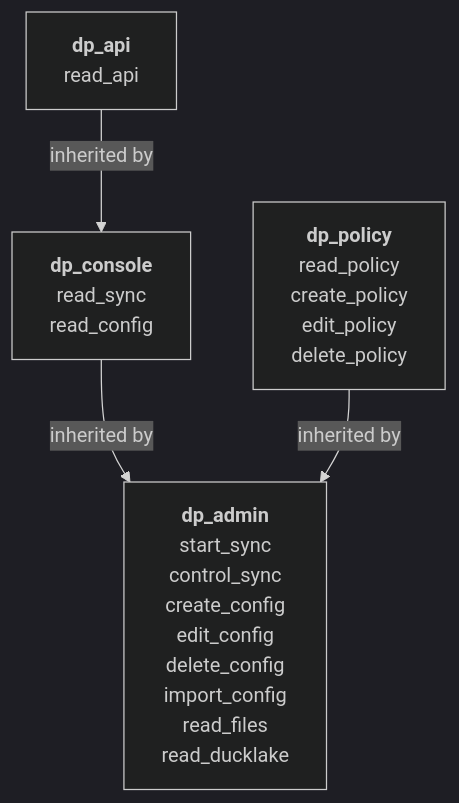
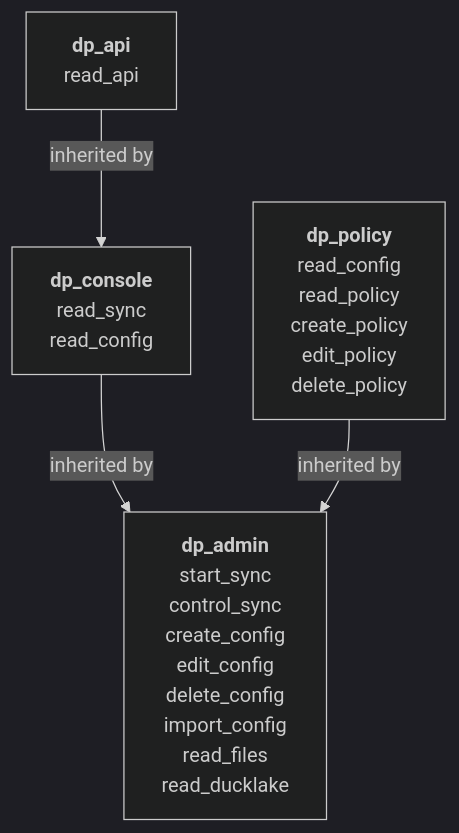
The diagram in docs/security/roles.md (prefeitura-rio/data-proxy), drawn with Mermaid (dark theme) before and after one commit. The commit also changed other lines of this file and 262 other files, not shown here.

````diff
--- a/docs/security/roles.md
+++ b/docs/security/roles.md
@@ -5,11 +5,11 @@
 ```mermaid
 %% Role inheritance
 flowchart TD
   dp_api["<b>dp_api</b><br/>read_api"]
-  dp_policy["<b>dp_policy</b><br/>read_policy<br/>create_policy<br/>edit_policy<br/>delete_policy"]
+  dp_policy["<b>dp_policy</b><br/>read_config<br/>read_policy<br/>create_policy<br/>edit_policy<br/>delete_policy"]
   dp_console["<b>dp_console</b><br/>read_sync<br/>read_config"]
   dp_admin["<b>dp_admin</b><br/>start_sync<br/>control_sync<br/>create_config<br/>edit_config<br/>delete_config<br/>import_config<br/>read_files<br/>read_ducklake"]
   dp_api -->|"inherited by"| dp_console
   dp_console -->|"inherited by"| dp_admin
   dp_policy -->|"inherited by"| dp_admin
 ```
````
